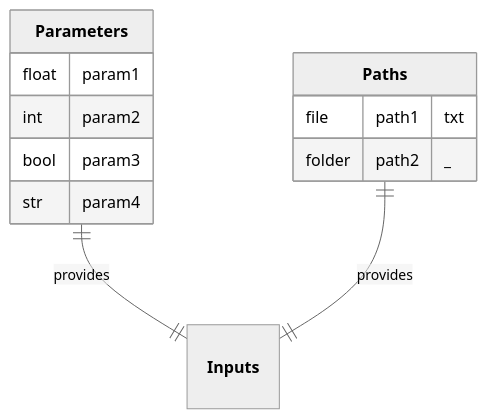
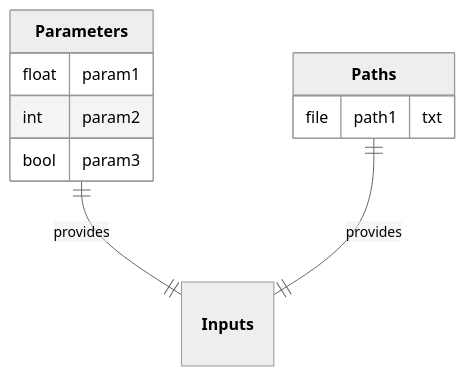
Before and after one commit to nuremics/nuremics: the first of 11 diagrams in README.md, drawn with Mermaid (neutral theme). The commit also changed other lines of this file, not shown here.

````diff
--- a/README.md
+++ b/README.md
@@ -81,16 +81,14 @@
 ```mermaid
 erDiagram
   **Parameters** ||--|| **Inputs** : provides
   **Paths** ||--|| **Inputs** : provides
 
   **Parameters** {
     float param1
     int param2
     bool param3
-    str param4
   }
   **Paths** {
     file path1 "txt"
-    folder path2 "_"
   }
 ```
````
